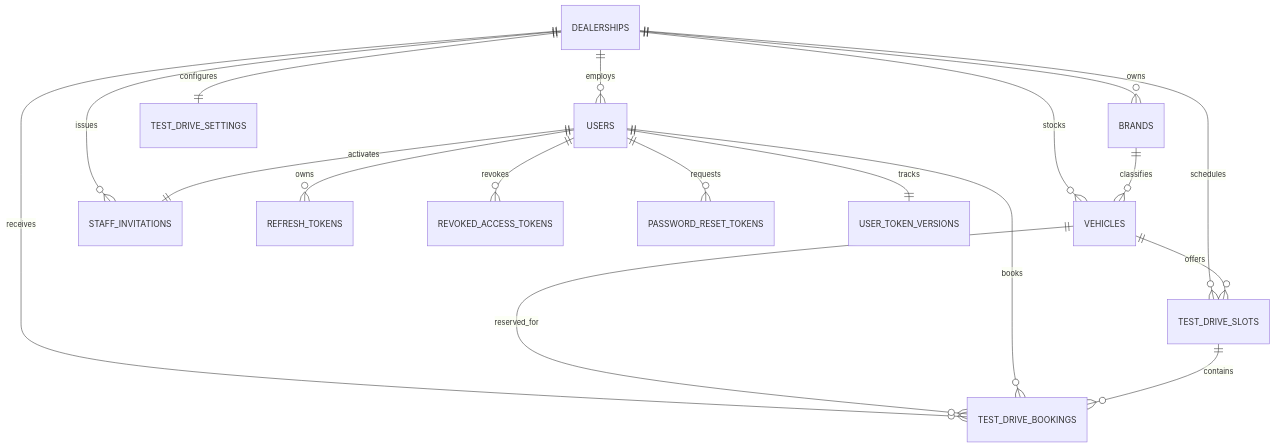
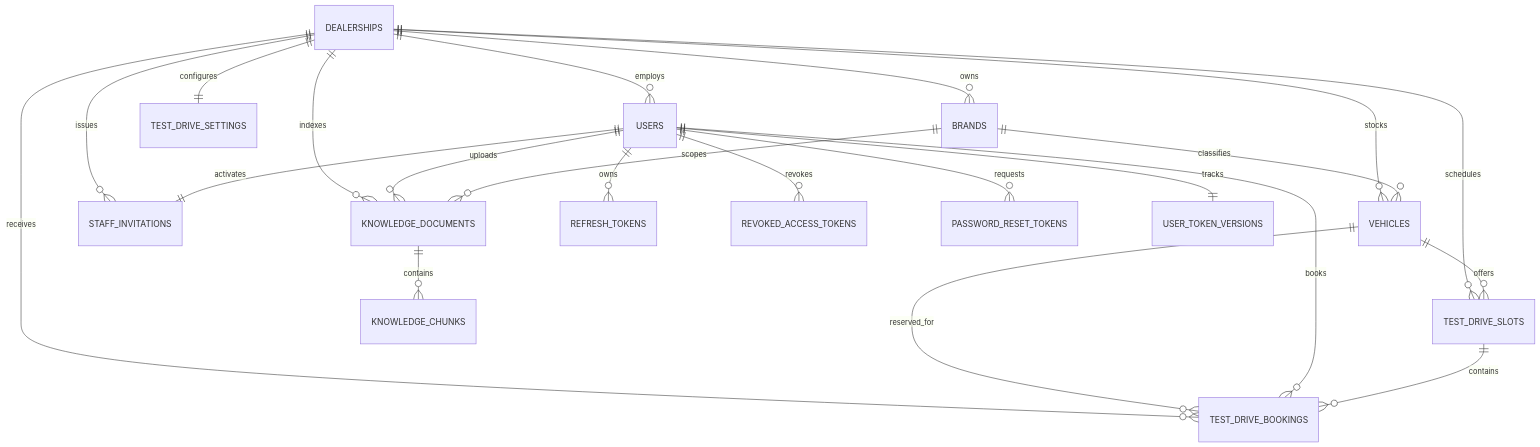
One commit to iahmedd-k/DealerDesk changed the diagram in docs/data-model.md. Above: the diagram before and after it, drawn with Mermaid. The commit also changed other lines of this file and 108 other files, not shown here.

````diff
--- a/docs/data-model.md
+++ b/docs/data-model.md
@@ -7,23 +7,27 @@
 ```mermaid
 erDiagram
     DEALERSHIPS ||--o{ USERS : employs
     DEALERSHIPS ||--o{ BRANDS : owns
     DEALERSHIPS ||--o{ VEHICLES : stocks
     DEALERSHIPS ||--|| TEST_DRIVE_SETTINGS : configures
     DEALERSHIPS ||--o{ TEST_DRIVE_SLOTS : schedules
     DEALERSHIPS ||--o{ TEST_DRIVE_BOOKINGS : receives
     DEALERSHIPS ||--o{ STAFF_INVITATIONS : issues
+    DEALERSHIPS ||--o{ KNOWLEDGE_DOCUMENTS : indexes
 
     BRANDS ||--o{ VEHICLES : classifies
     VEHICLES ||--o{ TEST_DRIVE_SLOTS : offers
     VEHICLES ||--o{ TEST_DRIVE_BOOKINGS : reserved_for
 
     USERS ||--o{ REFRESH_TOKENS : owns
     USERS ||--o{ REVOKED_ACCESS_TOKENS : revokes
     USERS ||--o{ PASSWORD_RESET_TOKENS : requests
     USERS ||--|| USER_TOKEN_VERSIONS : tracks
     USERS ||--o{ TEST_DRIVE_BOOKINGS : books
     USERS ||--|| STAFF_INVITATIONS : activates
+    USERS ||--o{ KNOWLEDGE_DOCUMENTS : uploads
 
     TEST_DRIVE_SLOTS ||--o{ TEST_DRIVE_BOOKINGS : contains
+    BRANDS ||--o{ KNOWLEDGE_DOCUMENTS : scopes
+    KNOWLEDGE_DOCUMENTS ||--o{ KNOWLEDGE_CHUNKS : contains
 ```
````
